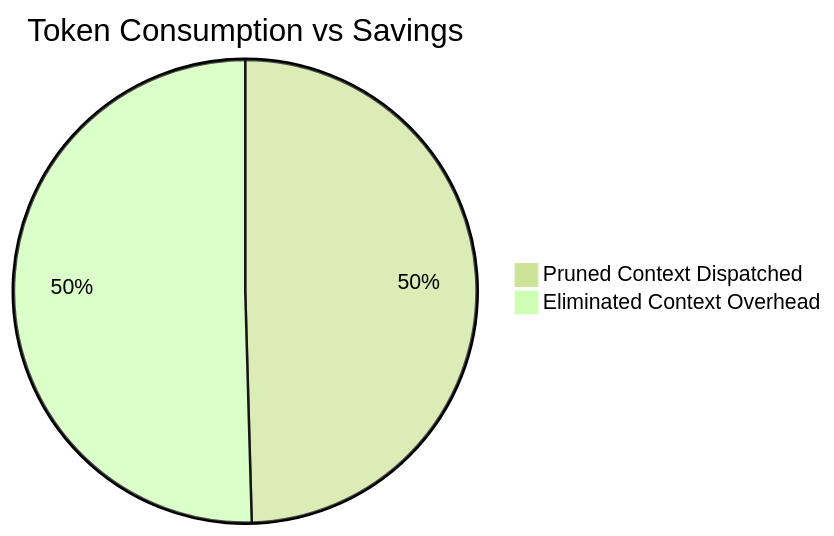
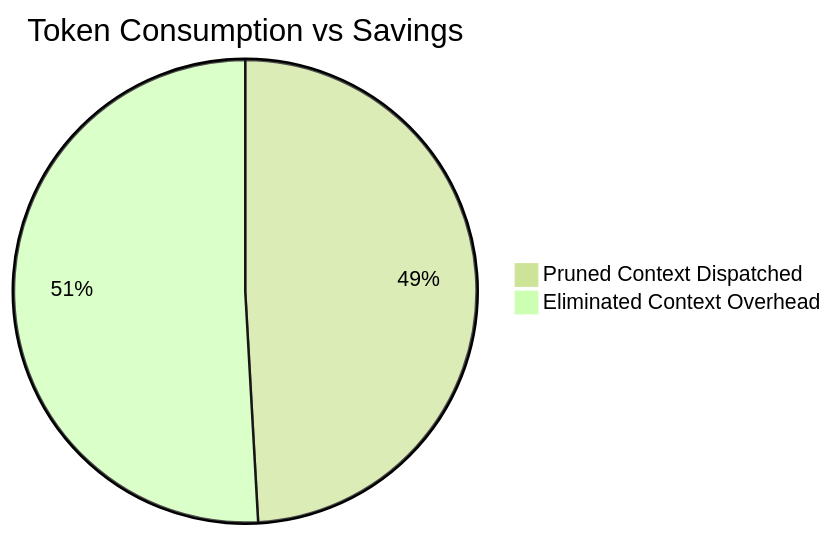
Before and after one commit to lakhwindersingh/nb_fairyfly: the diagram in workplace/docs/reports/token_savings_report.md, drawn with Mermaid (forest theme). The commit also changed other lines of this file and 180 other files, not shown here.

````diff
--- a/workplace/docs/reports/token_savings_report.md
+++ b/workplace/docs/reports/token_savings_report.md
@@ -26,5 +26,5 @@
 ```mermaid
 pie title Token Consumption vs Savings
-    "Pruned Context Dispatched" : 42829284
-    "Eliminated Context Overhead" : 43606900
+    "Pruned Context Dispatched" : 48536818
+    "Eliminated Context Overhead" : 50295353
 ```
````
